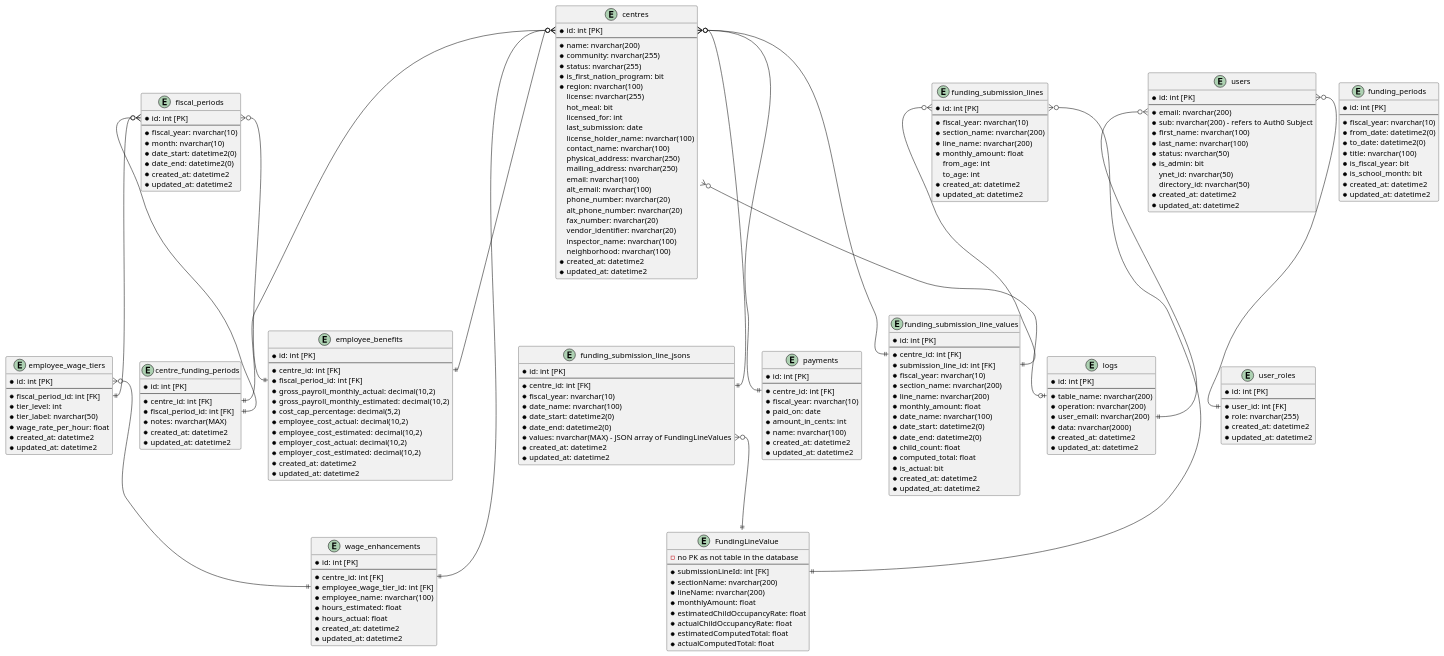
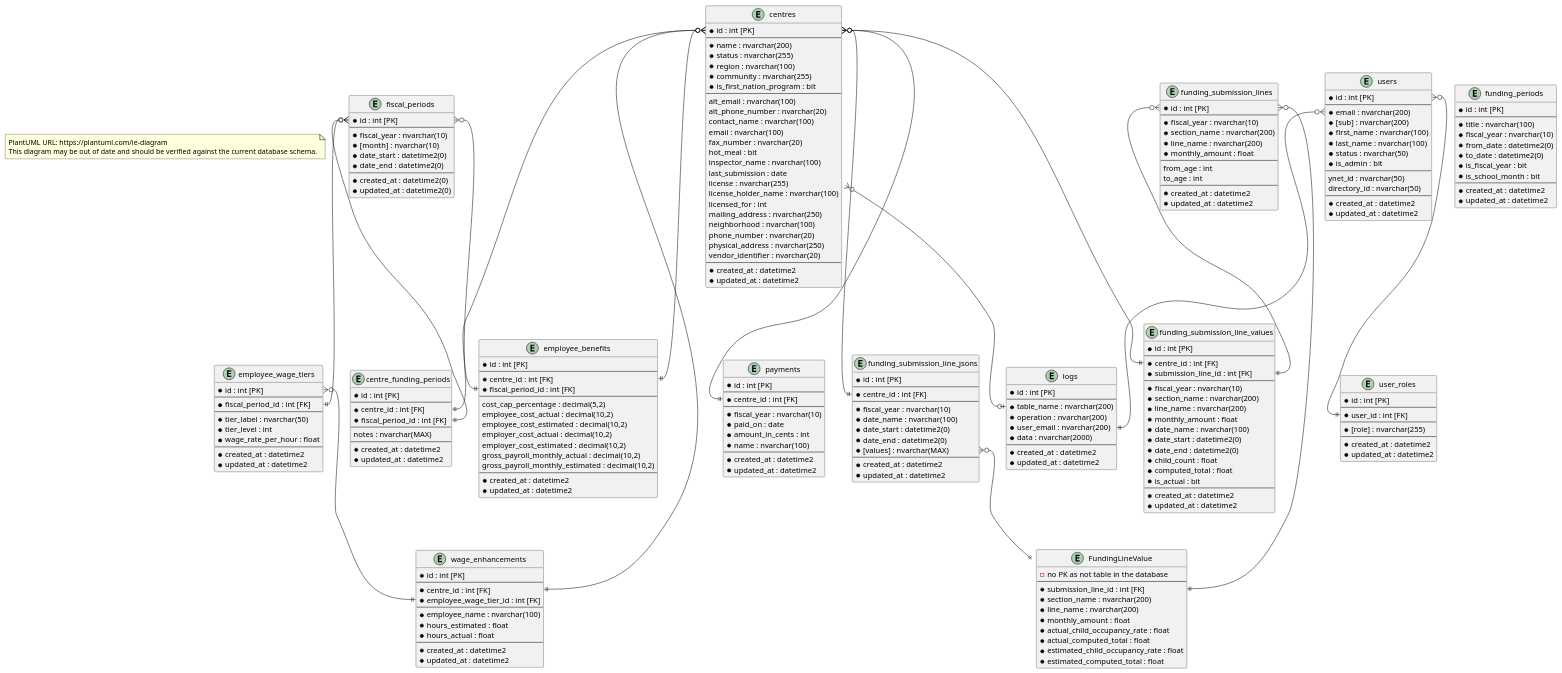
Before and after one commit to ytgov/elcc-data-management: the diagram in _Design/Entity Relationship Diagrams.wsd, drawn with PlantUML. The commit also changed 1 other file, not shown here.

Commit message:
:tophat: update entity relationship diagrams.

```diff
--- a/_Design/Entity Relationship Diagrams.wsd
+++ b/_Design/Entity Relationship Diagrams.wsd
@@ -1,214 +1,246 @@
 @startuml Entity Relationship Diagrams
+top to bottom direction
+
+note as Disclaimer
+PlantUML URL: https://plantuml.com/ie-diagram
+This diagram may be out of date and should be verified against the current database schema.
+end note
 
 entity "centre_funding_periods" {
-  * id: int [PK]
+  * id : int [PK]
   --
-  * centre_id: int [FK]
-  * fiscal_period_id: int [FK]
-  * notes: nvarchar(MAX)
-  * created_at: datetime2
-  * updated_at: datetime2
+  * centre_id : int [FK]
+  * fiscal_period_id : int [FK]
+  --
+  notes : nvarchar(MAX)
+  --
+  * created_at : datetime2
+  * updated_at : datetime2
 }
 
 entity "centres" {
-  * id: int [PK]
+  * id : int [PK]
   --
-  * name: nvarchar(200)
-  * community: nvarchar(255)
-  * status: nvarchar(255)
-  * is_first_nation_program: bit
-  * region: nvarchar(100)
-  license: nvarchar(255)
-  hot_meal: bit
-  licensed_for: int
-  last_submission: date
-  license_holder_name: nvarchar(100)
-  contact_name: nvarchar(100)
-  physical_address: nvarchar(250)
-  mailing_address: nvarchar(250)
-  email: nvarchar(100)
-  alt_email: nvarchar(100)
-  phone_number: nvarchar(20)
-  alt_phone_number: nvarchar(20)
-  fax_number: nvarchar(20)
-  vendor_identifier: nvarchar(20)
-  inspector_name: nvarchar(100)
-  neighborhood: nvarchar(100)
-  * created_at: datetime2
-  * updated_at: datetime2
+  * name : nvarchar(200)
+  * status : nvarchar(255)
+  * region : nvarchar(100)
+  * community : nvarchar(255)
+  * is_first_nation_program : bit
+  --
+  alt_email : nvarchar(100)
+  alt_phone_number : nvarchar(20)
+  contact_name : nvarchar(100)
+  email : nvarchar(100)
+  fax_number : nvarchar(20)
+  hot_meal : bit
+  inspector_name : nvarchar(100)
+  last_submission : date
+  license : nvarchar(255)
+  license_holder_name : nvarchar(100)
+  licensed_for : int
+  mailing_address : nvarchar(250)
+  neighborhood : nvarchar(100)
+  phone_number : nvarchar(20)
+  physical_address : nvarchar(250)
+  vendor_identifier : nvarchar(20)
+  --
+  * created_at : datetime2
+  * updated_at : datetime2
 }
 
 entity "employee_benefits" {
-  * id: int [PK]
+  * id : int [PK]
   --
-  * centre_id: int [FK]
-  * fiscal_period_id: int [FK]
-  * gross_payroll_monthly_actual: decimal(10,2)
-  * gross_payroll_monthly_estimated: decimal(10,2)
-  * cost_cap_percentage: decimal(5,2)
-  * employee_cost_actual: decimal(10,2)
-  * employee_cost_estimated: decimal(10,2)
-  * employer_cost_actual: decimal(10,2)
-  * employer_cost_estimated: decimal(10,2)
-  * created_at: datetime2
-  * updated_at: datetime2
+  * centre_id : int [FK]
+  * fiscal_period_id : int [FK]
+  --
+  cost_cap_percentage : decimal(5,2)
+  employee_cost_actual : decimal(10,2)
+  employee_cost_estimated : decimal(10,2)
+  employer_cost_actual : decimal(10,2)
+  employer_cost_estimated : decimal(10,2)
+  gross_payroll_monthly_actual : decimal(10,2)
+  gross_payroll_monthly_estimated : decimal(10,2)
+  --
+  * created_at : datetime2
+  * updated_at : datetime2
 }
 
 entity "employee_wage_tiers" {
-  * id: int [PK]
+  * id : int [PK]
   --
-  * fiscal_period_id: int [FK]
-  * tier_level: int
-  * tier_label: nvarchar(50)
-  * wage_rate_per_hour: float
-  * created_at: datetime2
-  * updated_at: datetime2
+  * fiscal_period_id : int [FK]
+  --
+  * tier_label : nvarchar(50)
+  * tier_level : int
+  * wage_rate_per_hour : float
+  --
+  * created_at : datetime2
+  * updated_at : datetime2
 }
 
 entity "fiscal_periods" {
-  * id: int [PK]
+  * id : int [PK]
   --
-  * fiscal_year: nvarchar(10)
-  * month: nvarchar(10)
-  * date_start: datetime2(0)
-  * date_end: datetime2(0)
-  * created_at: datetime2
-  * updated_at: datetime2
+  * fiscal_year : nvarchar(10)
+  * [month] : nvarchar(10)
+  * date_start : datetime2(0)
+  * date_end : datetime2(0)
+  --
+  * created_at : datetime2(0)
+  * updated_at : datetime2(0)
 }
 
 entity "funding_periods" {
-  * id: int [PK]
+  * id : int [PK]
   --
-  * fiscal_year: nvarchar(10)
-  * from_date: datetime2(0)
-  * to_date: datetime2(0)
-  * title: nvarchar(100)
-  * is_fiscal_year: bit
-  * is_school_month: bit
-  * created_at: datetime2
-  * updated_at: datetime2
+  * title : nvarchar(100)
+  * fiscal_year : nvarchar(10)
+  * from_date : datetime2(0)
+  * to_date : datetime2(0)
+  * is_fiscal_year : bit
+  * is_school_month : bit
+  --
+  * created_at : datetime2
+  * updated_at : datetime2
 }
 
 entity "funding_submission_line_jsons" {
-  * id: int [PK]
+  * id : int [PK]
   --
-  * centre_id: int [FK]
-  * fiscal_year: nvarchar(10)
-  * date_name: nvarchar(100)
-  * date_start: datetime2(0)
-  * date_end: datetime2(0)
-  * values: nvarchar(MAX) - JSON array of FundingLineValues
-  * created_at: datetime2
-  * updated_at: datetime2
+  * centre_id : int [FK]
+  --
+  * fiscal_year : nvarchar(10)
+  * date_name : nvarchar(100)
+  * date_start : datetime2(0)
+  * date_end : datetime2(0)
+  * [values] : nvarchar(MAX)
+  --
+  * created_at : datetime2
+  * updated_at : datetime2
 }
 
 ' This is stored as json in the funding_submission_line_jsons::values column
 entity "FundingLineValue" {
   - no PK as not table in the database
   --
-  * submissionLineId: int [FK]
-  * sectionName: nvarchar(200)
-  * lineName: nvarchar(200)
-  * monthlyAmount: float
-  * estimatedChildOccupancyRate: float
-  * actualChildOccupancyRate: float
-  * estimatedComputedTotal: float
-  * actualComputedTotal: float
+  * submission_line_id : int [FK]
+  * section_name : nvarchar(200)
+  * line_name : nvarchar(200)
+  * monthly_amount : float
+  * actual_child_occupancy_rate : float
+  * actual_computed_total : float
+  * estimated_child_occupancy_rate : float
+  * estimated_computed_total : float
 }
 
 ' This table is not in use currently.
 entity "funding_submission_line_values" {
-  * id: int [PK]
+  * id : int [PK]
   --
-  * centre_id: int [FK]
-  * submission_line_id: int [FK]
-  * fiscal_year: nvarchar(10)
-  * section_name: nvarchar(200)
-  * line_name: nvarchar(200)
-  * monthly_amount: float
-  * date_name: nvarchar(100)
-  * date_start: datetime2(0)
-  * date_end: datetime2(0)
-  * child_count: float
-  * computed_total: float
-  * is_actual: bit
-  * created_at: datetime2
-  * updated_at: datetime2
+  * centre_id : int [FK]
+  * submission_line_id : int [FK]
+  --
+  * fiscal_year : nvarchar(10)
+  * section_name : nvarchar(200)
+  * line_name : nvarchar(200)
+  * monthly_amount : float
+  * date_name : nvarchar(100)
+  * date_start : datetime2(0)
+  * date_end : datetime2(0)
+  * child_count : float
+  * computed_total : float
+  * is_actual : bit
+  --
+  * created_at : datetime2
+  * updated_at : datetime2
 }
 
 entity "funding_submission_lines" {
-  * id: int [PK]
+  * id : int [PK]
   --
-  * fiscal_year: nvarchar(10)
-  * section_name: nvarchar(200)
-  * line_name: nvarchar(200)
-  * monthly_amount: float
-  from_age: int
-  to_age: int
-  * created_at: datetime2
-  * updated_at: datetime2
+  * fiscal_year : nvarchar(10)
+  * section_name : nvarchar(200)
+  * line_name : nvarchar(200)
+  * monthly_amount : float
+  --
+  from_age : int
+  to_age : int
+  --
+  * created_at : datetime2
+  * updated_at : datetime2
 }
 
-' This table is a sort of polymorphic table to store changes relating to some abitrary table.
+' This table is a sort of polymorphic table to store changes relating to some arbitrary table.
 entity "logs" {
-  * id: int [PK]
+  * id : int [PK]
   --
-  * table_name: nvarchar(200)
-  * operation: nvarchar(200)
-  * user_email: nvarchar(200)
-  * data: nvarchar(2000)
-  * created_at: datetime2
-  * updated_at: datetime2
+  * table_name : nvarchar(200)
+  * operation : nvarchar(200)
+  * user_email : nvarchar(200)
+  * data : nvarchar(2000)
+  --
+  * created_at : datetime2
+  * updated_at : datetime2
 }
 
 entity "payments" {
-  * id: int [PK]
+  * id : int [PK]
   --
-  * centre_id: int [FK]
-  * fiscal_year: nvarchar(10)
-  * paid_on: date
-  * amount_in_cents: int
-  * name: nvarchar(100)
-  * created_at: datetime2
-  * updated_at: datetime2
+  * centre_id : int [FK]
+  --
+  * fiscal_year : nvarchar(10)
+  * paid_on : date
+  * amount_in_cents : int
+  * name : nvarchar(100)
+  --
+  * created_at : datetime2
+  * updated_at : datetime2
 }
 
 entity "user_roles" {
-  * id: int [PK]
+  * id : int [PK]
   --
-  * user_id: int [FK]
-  * role: nvarchar(255)
-  * created_at: datetime2
-  * updated_at: datetime2
+  * user_id : int [FK]
+  --
+  * [role] : nvarchar(255)
+  --
+  * created_at : datetime2
+  * updated_at : datetime2
 }
 
 entity "users" {
-  * id: int [PK]
+  * id : int [PK]
   --
-  * email: nvarchar(200)
-  * sub: nvarchar(200) - refers to Auth0 Subject
-  * first_name: nvarchar(100)
-  * last_name: nvarchar(100)
-  * status: nvarchar(50)
-  * is_admin: bit
-  ynet_id: nvarchar(50)
-  directory_id: nvarchar(50)
-  * created_at: datetime2
-  * updated_at: datetime2
+  * email : nvarchar(200)
+  * [sub] : nvarchar(200)
+  * first_name : nvarchar(100)
+  * last_name : nvarchar(100)
+  * status : nvarchar(50)
+  * is_admin : bit
+  --
+  ynet_id : nvarchar(50)
+  directory_id : nvarchar(50)
+  --
+  * created_at : datetime2
+  * updated_at : datetime2
 }
 
 entity "wage_enhancements" {
-  * id: int [PK]
+  * id : int [PK]
   --
-  * centre_id: int [FK]
-  * employee_wage_tier_id: int [FK]
-  * employee_name: nvarchar(100)
-  * hours_estimated: float
-  * hours_actual: float
-  * created_at: datetime2
-  * updated_at: datetime2
+  * centre_id : int [FK]
+  * employee_wage_tier_id : int [FK]
+  --
+  * employee_name : nvarchar(100)
+  * hours_estimated : float
+  * hours_actual : float
+  --
+  * created_at : datetime2
+  * updated_at : datetime2
 }
 
+' Relationships
 centres::id }o--|| centre_funding_periods::centre_id
 centres::id }o--|| employee_benefits::centre_id
 centres::id }o--|| funding_submission_line_jsons::centre_id
@@ -221,7 +253,7 @@
 fiscal_periods::id }o--|| employee_benefits::fiscal_period_id
 fiscal_periods::id }o--|| employee_wage_tiers::fiscal_period_id
 funding_submission_line_jsons::values }o--|| FundingLineValue
-funding_submission_lines::id }o--|| FundingLineValue::submissionLineId
+funding_submission_lines::id }o--|| FundingLineValue::submission_line_id
 funding_submission_lines::id }o--|| funding_submission_line_values::submission_line_id
 users::id }o--|| user_roles::user_id
 users::email }o--|| logs::user_email
```
